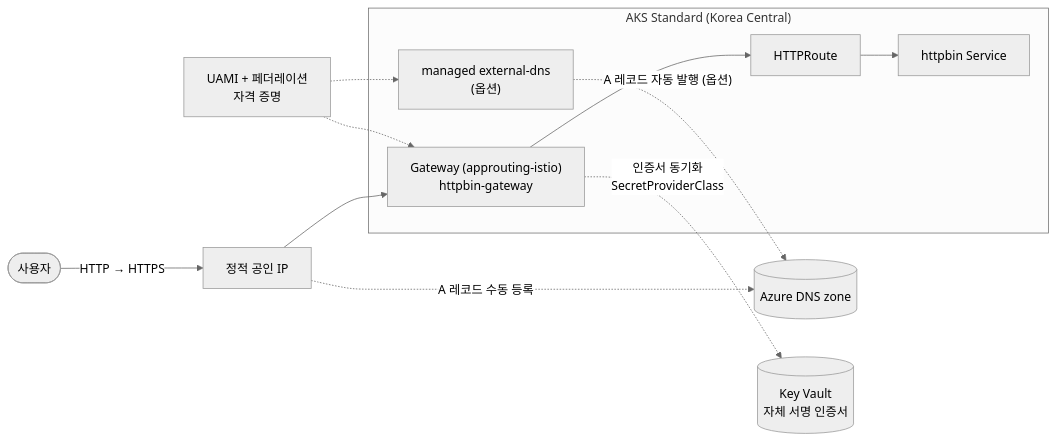
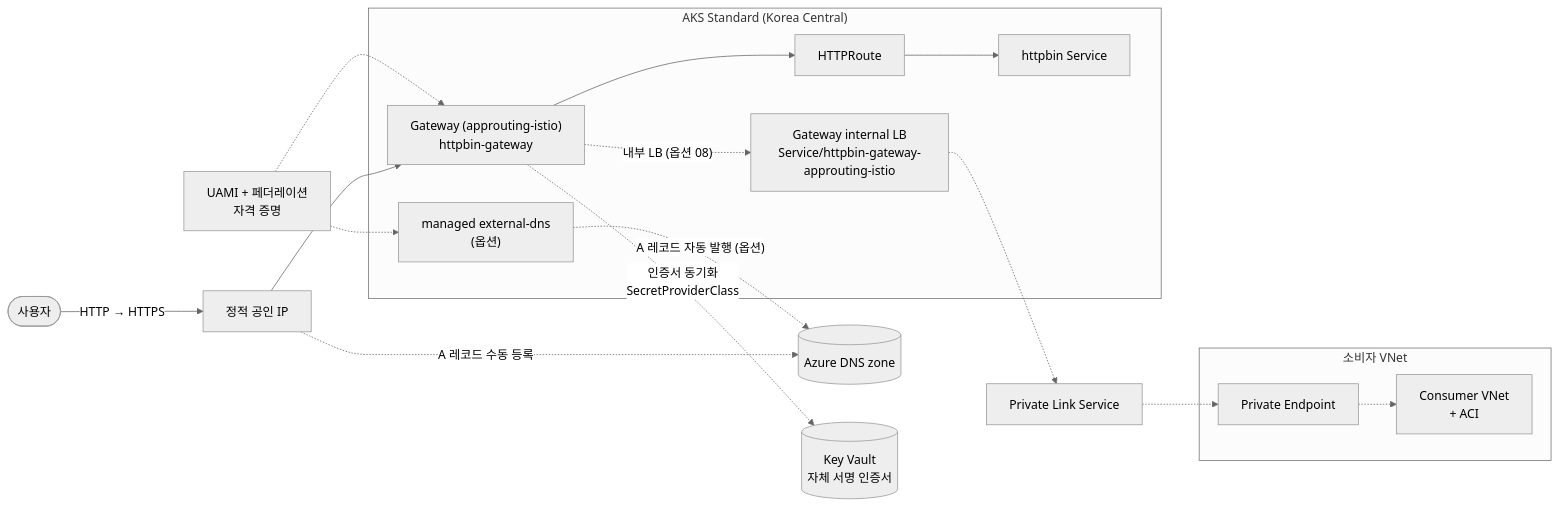
Before and after one commit to freeman9844/ms-aks-approuting-workshop01: the diagram in README.md, drawn with Mermaid (neutral theme). The commit also changed other lines of this file, not shown here.

Commit message:
docs: PLS 옵션 경로와 09 정리 목차 반영

````diff
--- a/README.md
+++ b/README.md
@@ -10,14 +12,21 @@
 ```mermaid
 flowchart LR
   user([사용자]) -->|"HTTP → HTTPS"| pip["정적 공인 IP"] --> gw["Gateway (approuting-istio)<br/>httpbin-gateway"]
   gw --> route[HTTPRoute] --> svc[httpbin Service]
+  gw -.->|"내부 LB (옵션 08)"| ilb["Gateway internal LB<br/>Service/httpbin-gateway-approuting-istio"]
   subgraph aks ["AKS Standard (Korea Central)"]
-    gw; route; svc
+    gw; route; svc; ilb
     edns["managed external-dns<br/>(옵션)"]
+  end
+  ilb -.-> pls["Private Link Service"]
+  pls -.-> pe["Private Endpoint"]
+  pe -.-> aci["Consumer VNet<br/>+ ACI"]
+  subgraph consumer ["소비자 VNet"]
+    pe; aci
   end
   edns -.->|"A 레코드 자동 발행 (옵션)"| zone[(Azure DNS zone)]
   pip -.->|A 레코드 수동 등록| zone
   gw -.->|인증서 동기화<br/>SecretProviderClass| kv[(Key Vault<br/>자체 서명 인증서)]
   uami[UAMI + 페더레이션<br/>자격 증명] -.-> edns
   uami -.-> gw
 ```
````
